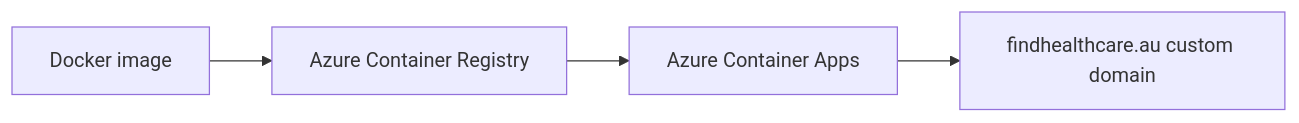
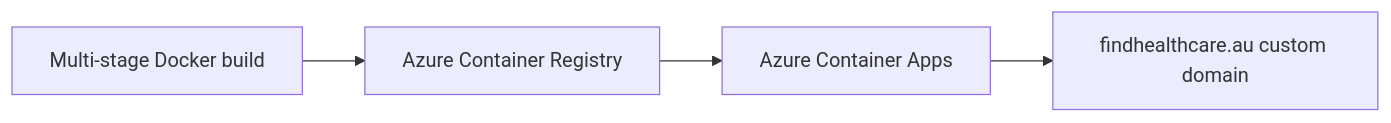
One commit to linfe754/medical-navigator changed the second of 2 diagrams in README.md. Above: the diagram before and after it, drawn with Mermaid. The commit also changed other lines of this file, not shown here.

````diff
--- a/README.md
+++ b/README.md
@@ -71,6 +157,6 @@
-```mermaid
+~~~mermaid
 flowchart LR
-    D[Docker image] --> R[Azure Container Registry]
+    B[Multi-stage Docker build] --> R[Azure Container Registry]
     R --> A[Azure Container Apps]
     A --> C[findhealthcare.au custom domain]
-```
+~~~
````
